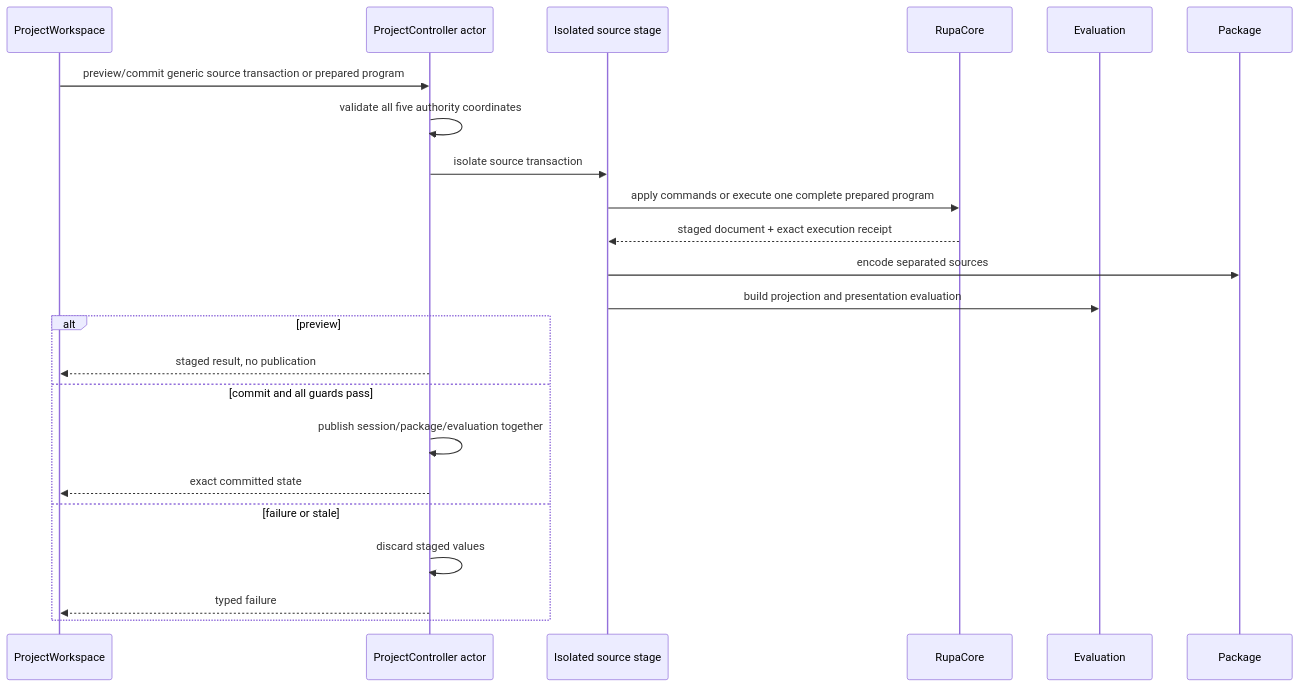
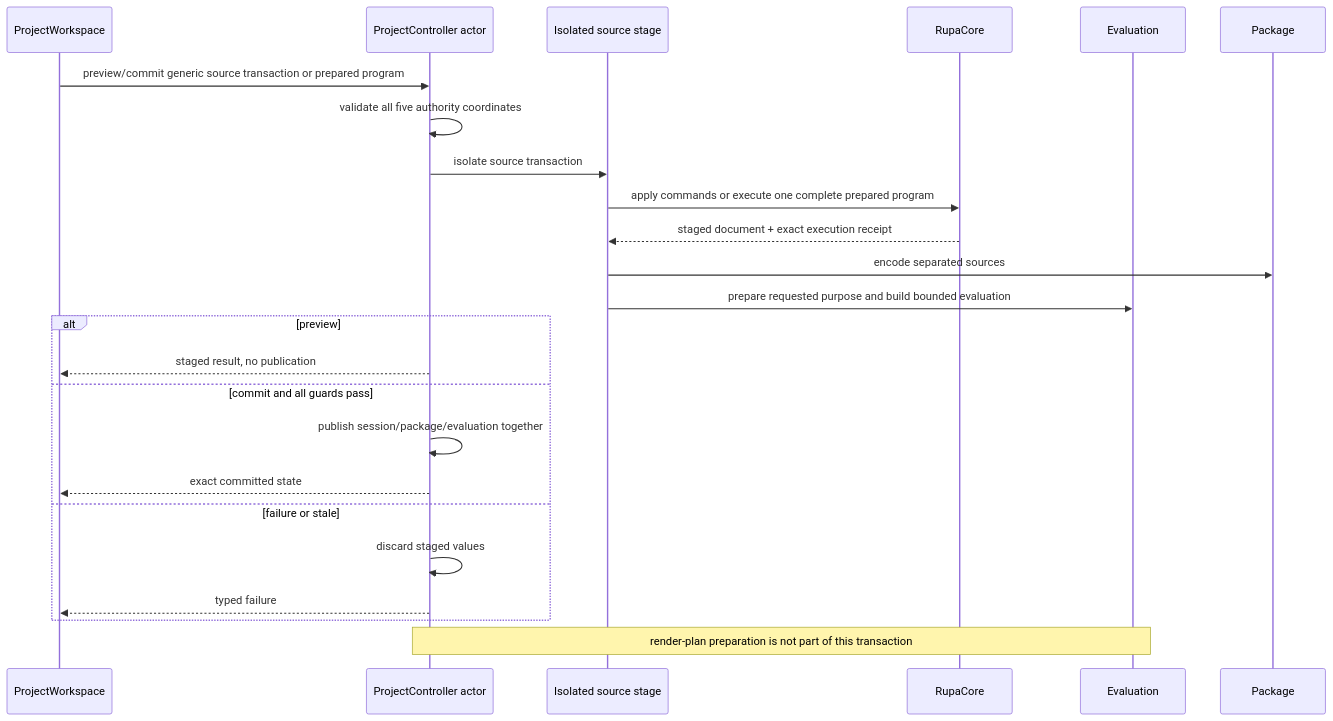
Before and after one commit to 1amageek/Rupa: the third of 4 diagrams in RupaKit/Sources/RupaProject/DESIGN.md, drawn with Mermaid. The commit also changed other lines of this file and 13 other files, not shown here.

````diff
--- a/RupaKit/Sources/RupaProject/DESIGN.md
+++ b/RupaKit/Sources/RupaProject/DESIGN.md
@@ -140,26 +158,27 @@
 ```mermaid
 sequenceDiagram
     participant W as ProjectWorkspace
     participant P as ProjectController actor
     participant S as Isolated source stage
     participant C as RupaCore
     participant E as Evaluation
     participant K as Package
 
     W->>P: preview/commit generic source transaction or prepared program
     P->>P: validate all five authority coordinates
     P->>S: isolate source transaction
     S->>C: apply commands or execute one complete prepared program
     C-->>S: staged document + exact execution receipt
     S->>K: encode separated sources
-    S->>E: build projection and presentation evaluation
+    S->>E: prepare requested purpose and build bounded evaluation
     alt preview
         P-->>W: staged result, no publication
     else commit and all guards pass
         P->>P: publish session/package/evaluation together
         P-->>W: exact committed state
     else failure or stale
         P->>P: discard staged values
         P-->>W: typed failure
     end
+    Note over P,E: render-plan preparation is not part of this transaction
 ```
````
